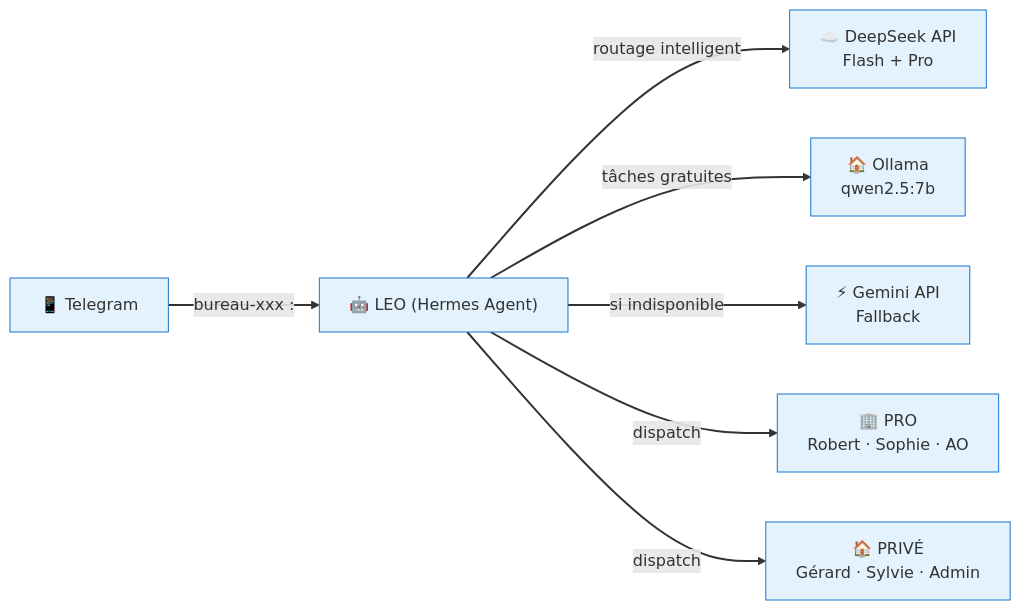
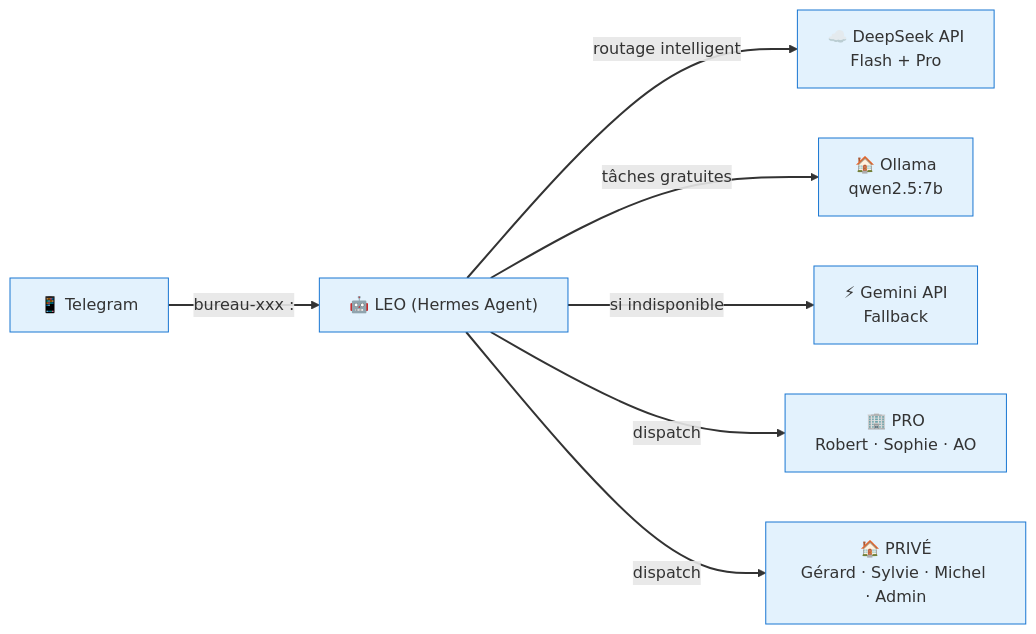
Before and after one commit to christophedanhier-hash/BAVI_LEO: the first of 3 diagrams in docs/index.md, drawn with Mermaid. The commit also changed other lines of this file, not shown here.

Commit message:
add: Bureau Michel — infrastructure & système (DeepSeek Pro)

````diff
--- a/docs/index.md
+++ b/docs/index.md
@@ -39,26 +40,26 @@
 ```mermaid
 flowchart LR
     Telegram["📱 Telegram"]
     LEO["🤖 LEO (Hermes Agent)"]
     PRO["🏢 PRO<br/>Robert · Sophie · AO"]
-    PRIVE["🏠 PRIVÉ<br/>Gérard · Sylvie · Admin"]
+    PRIVE["🏠 PRIVÉ<br/>Gérard · Sylvie · Michel · Admin"]
     DeepSeek["☁️ DeepSeek API<br/>Flash + Pro"]
     Ollama["🏠 Ollama<br/>qwen2.5:7b"]
     Gemini["⚡ Gemini API<br/>Fallback"]
 
     Telegram -->|"bureau-xxx : <demande>"| LEO
     LEO -->|"routage intelligent"| DeepSeek
     LEO -->|"tâches gratuites"| Ollama
     LEO -->|"si indisponible"| Gemini
     LEO -->|"dispatch"| PRO
     LEO -->|"dispatch"| PRIVE
 
     style Telegram fill:#e3f2fd,stroke:#1976d2
     style LEO fill:#e3f2fd,stroke:#1976d2
     style PRO fill:#e3f2fd,stroke:#1976d2
     style PRIVE fill:#e3f2fd,stroke:#1976d2
     style DeepSeek fill:#e3f2fd,stroke:#1976d2
     style Ollama fill:#e3f2fd,stroke:#1976d2
     style Gemini fill:#e3f2fd,stroke:#1976d2
     linkStyle default stroke-width:2px,fill:none
 ```
````
